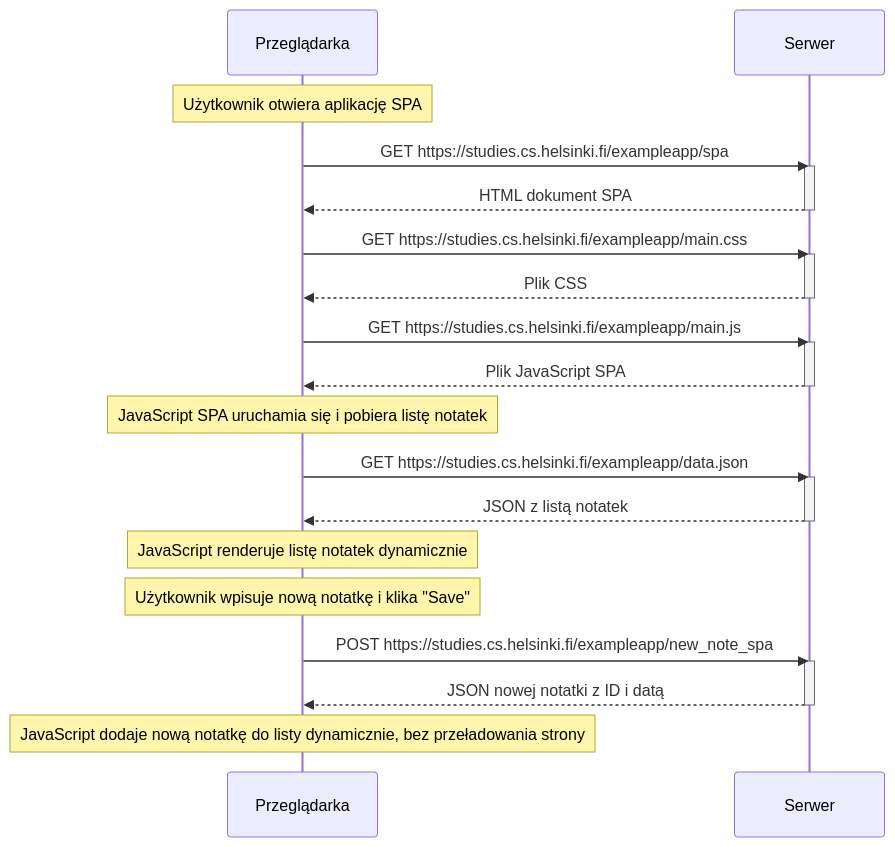
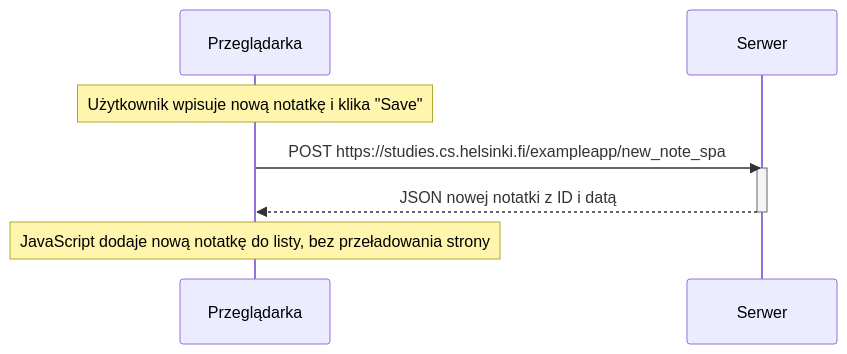
The diagram in Part0/Nowa uwaga na diagramie 0.6.mmd (KrystianDulny8/FullStack), drawn with Mermaid before and after one commit.

```diff
--- a/Part0/Nowa uwaga na diagramie 0.6.mmd
+++ b/Part0/Nowa uwaga na diagramie 0.6.mmd
@@ -1,35 +1,12 @@
 sequenceDiagram
     participant browser as Przeglądarka
     participant server as Serwer
 
-    Note over browser: Użytkownik otwiera aplikację SPA
-    browser->>server: GET https://studies.cs.helsinki.fi/exampleapp/spa
-    activate server
-    server-->>browser: HTML dokument SPA
-    deactivate server
+    Note over browser: Użytkownik wpisuje nową notatkę i klika "Save"
 
-    browser->>server: GET https://studies.cs.helsinki.fi/exampleapp/main.css
-    activate server
-    server-->>browser: Plik CSS
-    deactivate server
-
-    browser->>server: GET https://studies.cs.helsinki.fi/exampleapp/main.js
-    activate server
-    server-->>browser: Plik JavaScript SPA
-    deactivate server
-
-    Note over browser: JavaScript SPA uruchamia się i pobiera listę notatek
-    browser->>server: GET https://studies.cs.helsinki.fi/exampleapp/data.json
-    activate server
-    server-->>browser: JSON z listą notatek
-    deactivate server
-
-    Note over browser: JavaScript renderuje listę notatek dynamicznie
-
-    Note over browser: Użytkownik wpisuje nową notatkę i klika "Save"
     browser->>server: POST https://studies.cs.helsinki.fi/exampleapp/new_note_spa
     activate server
     server-->>browser: JSON nowej notatki z ID i datą
     deactivate server
 
-    Note over browser: JavaScript dodaje nową notatkę do listy dynamicznie, bez przeładowania strony
+    Note over browser: JavaScript dodaje nową notatkę do listy, bez przeładowania strony
```
